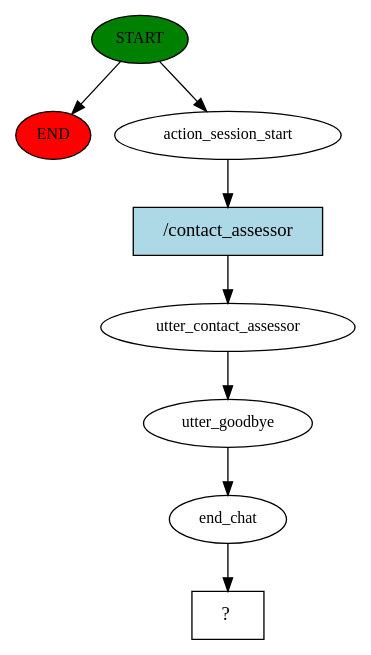
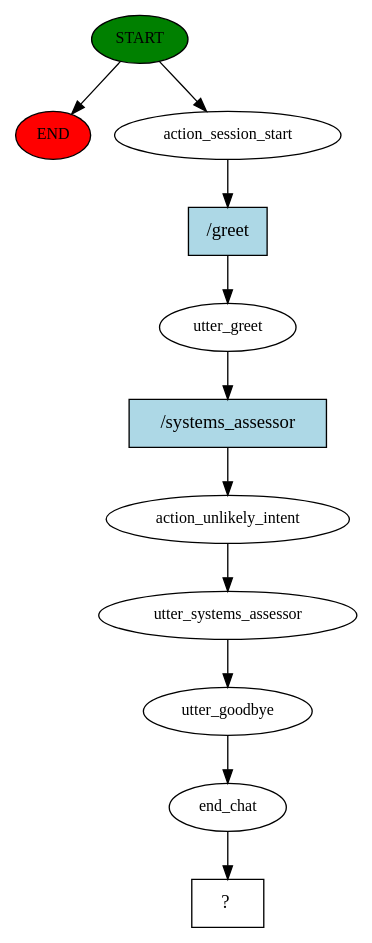
One commit to AlejandroChitivaC/BotPythonRasa changed the diagram in story_graph.dot. Above: the diagram before and after it, drawn with Graphviz. The commit also changed 6 other files, not shown here.

```diff
--- a/story_graph.dot
+++ b/story_graph.dot
@@ -1,17 +1,23 @@
 digraph  {
 0 [class="start active", fillcolor=green, fontsize=12, label=START, style=filled];
 "-1" [class=end, fillcolor=red, fontsize=12, label=END, style=filled];
 1 [class=active, fontsize=12, label=action_session_start];
-2 [class=active, fontsize=12, label=utter_contact_assessor];
-3 [class=active, fontsize=12, label=utter_goodbye];
-4 [class=active, fontsize=12, label=end_chat];
-5 [class="intent dashed active", label="  ?  ", shape=rect];
-6 [class="intent active", fillcolor=lightblue, label="/contact_assessor", shape=rect, style=filled];
+2 [class=active, fontsize=12, label=utter_greet];
+3 [class=active, fontsize=12, label=action_unlikely_intent];
+4 [class=active, fontsize=12, label=utter_systems_assessor];
+5 [class=active, fontsize=12, label=utter_goodbye];
+6 [class=active, fontsize=12, label=end_chat];
+7 [class="intent dashed active", label="  ?  ", shape=rect];
+8 [class="intent active", fillcolor=lightblue, label="/greet", shape=rect, style=filled];
+9 [class="intent active", fillcolor=lightblue, label="/systems_assessor", shape=rect, style=filled];
 0 -> "-1"  [class="", key=NONE, label=""];
 0 -> 1  [class=active, key=NONE, label=""];
-1 -> 6  [class=active, key=0];
-2 -> 3  [class=active, key=NONE, label=""];
+1 -> 8  [class=active, key=0];
+2 -> 9  [class=active, key=0];
 3 -> 4  [class=active, key=NONE, label=""];
 4 -> 5  [class=active, key=NONE, label=""];
-6 -> 2  [class=active, key=0];
+5 -> 6  [class=active, key=NONE, label=""];
+6 -> 7  [class=active, key=NONE, label=""];
+8 -> 2  [class=active, key=0];
+9 -> 3  [class=active, key=0];
 }
```
